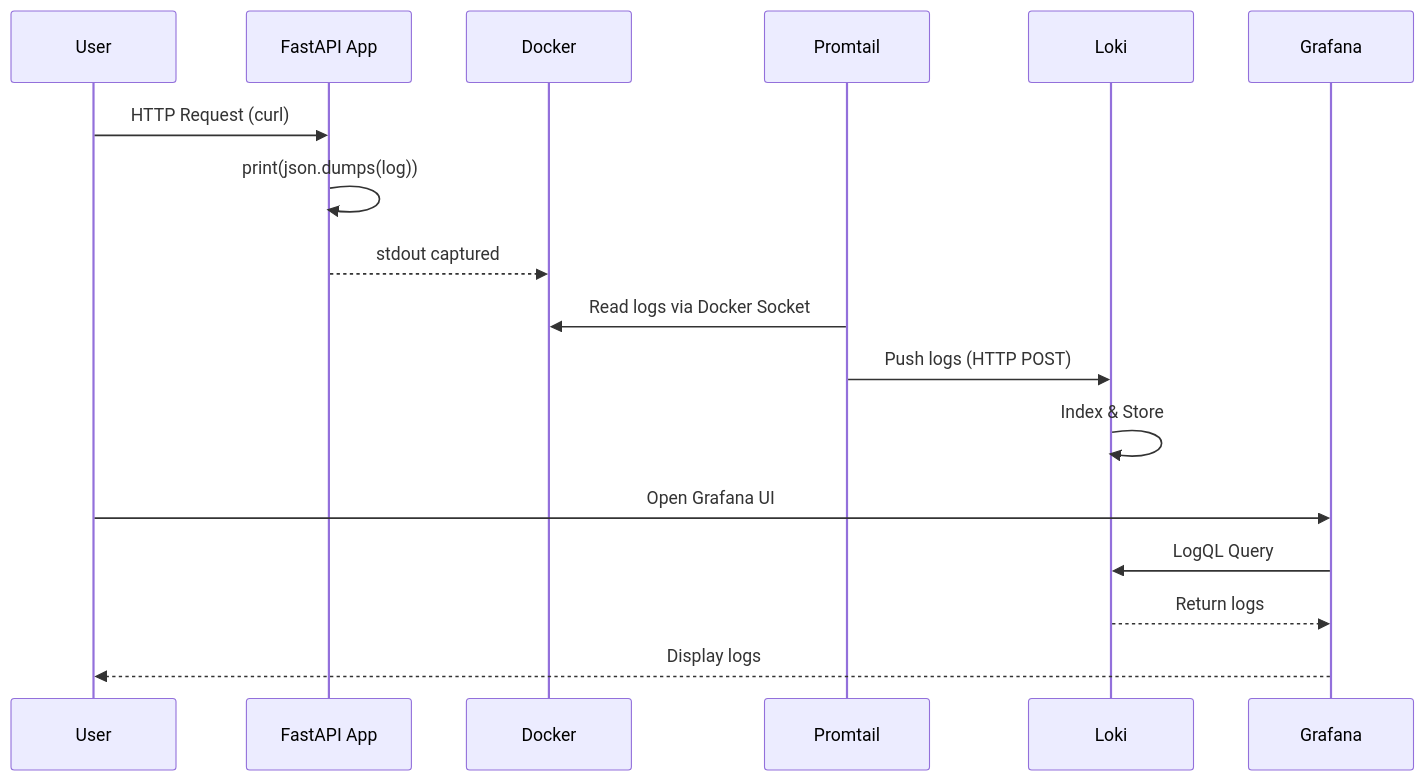
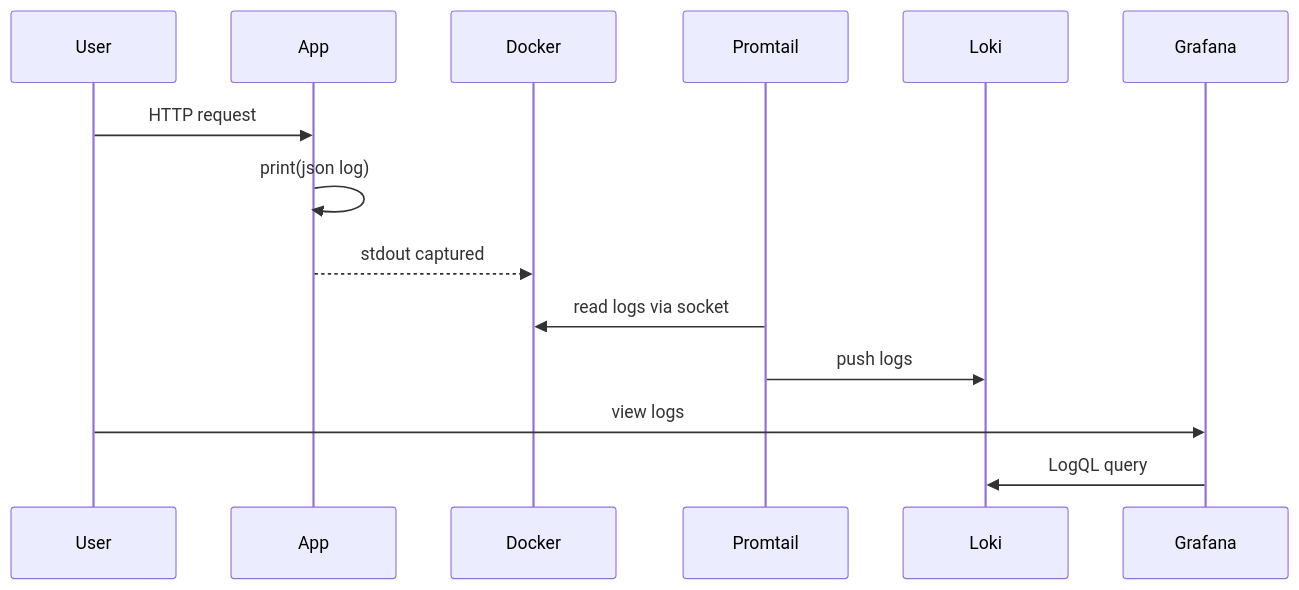
One commit to svfwan/msa-2-project-logging-in-docker changed the second of 2 diagrams in README.md. Above: the diagram before and after it, drawn with Mermaid. The commit also changed other lines of this file, not shown here.

Commit message:
Simplify README - remove duplication and unnecessary diagrams

````diff
--- a/README.md
+++ b/README.md
@@ -29,20 +17,10 @@
 ```mermaid
 sequenceDiagram
-    participant U as User
-    participant A as FastAPI App
-    participant D as Docker
-    participant P as Promtail
-    participant L as Loki
-    participant G as Grafana
-
-    U->>A: HTTP Request (curl)
-    A->>A: print(json.dumps(log))
-    A-->>D: stdout captured
-    P->>D: Read logs via Docker Socket
-    P->>L: Push logs (HTTP POST)
-    L->>L: Index & Store
-    U->>G: Open Grafana UI
-    G->>L: LogQL Query
-    L-->>G: Return logs
-    G-->>U: Display logs
+    User->>App: HTTP request
+    App->>App: print(json log)
+    App-->>Docker: stdout captured
+    Promtail->>Docker: read logs via socket
+    Promtail->>Loki: push logs
+    User->>Grafana: view logs
+    Grafana->>Loki: LogQL query
 ```
````
